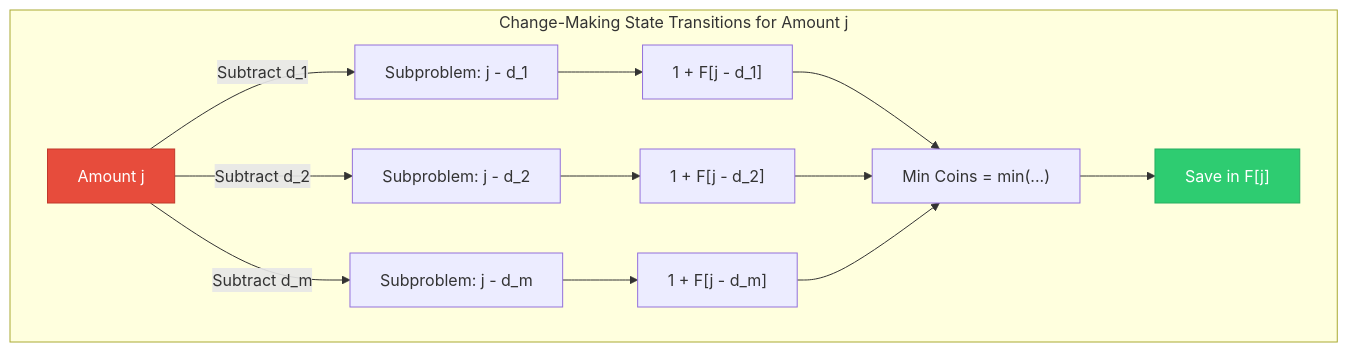
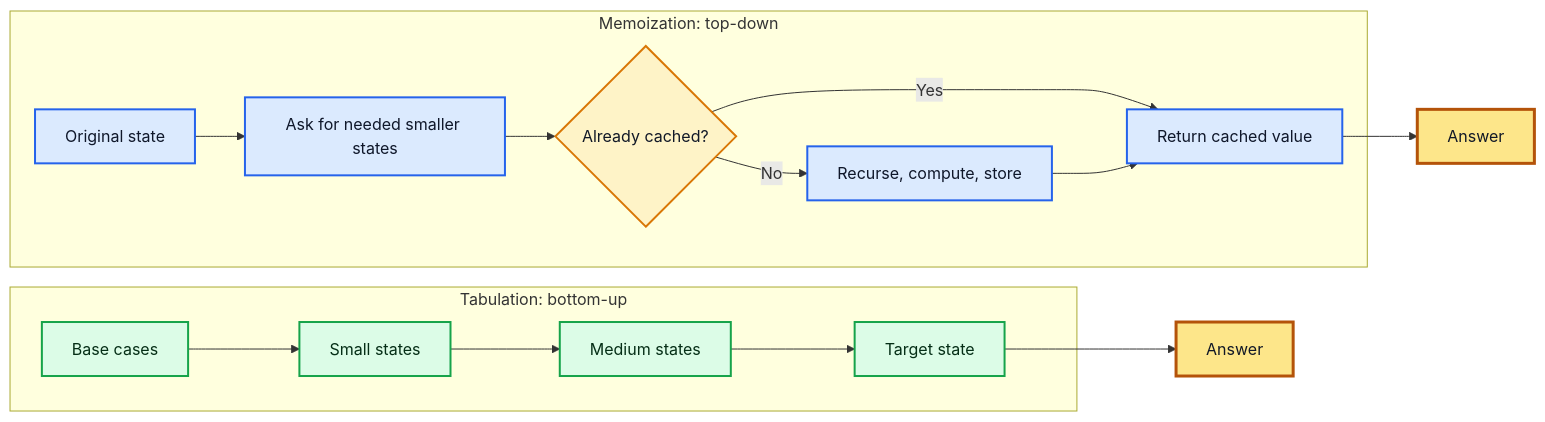
Before and after one commit to M-F-Tushar/CSE-2201-2202-Algorithm-Design-and-Analysis-Sessional: the sixth of 18 diagrams in Chapter 8 - Dynamic Programming/README.md, drawn with Mermaid. The commit also changed other lines of this file, not shown here.

````diff
--- a/Chapter 8 - Dynamic Programming/README.md
+++ b/Chapter 8 - Dynamic Programming/README.md
@@ -434,21 +319,28 @@
 ```mermaid
-graph TD
-    subgraph "Change-Making State Transitions for Amount j"
-        j["Amount j"] -->|Subtract d_1| j_d1["Subproblem: j - d_1"]
-        j -->|Subtract d_2| j_d2["Subproblem: j - d_2"]
-        j -->|Subtract d_m| j_dm["Subproblem: j - d_m"]
-        
-        j_d1 --> lookup1["1 + F[j - d_1]"]
-        j_d2 --> lookup2["1 + F[j - d_2]"]
-        j_dm --> lookup3["1 + F[j - d_m]"]
-        
-        lookup1 --> minVal["Min Coins = min(...)"]
-        lookup2 --> minVal
-        lookup3 --> minVal
-        
-        minVal --> Save["Save in F[j]"]
-        
-        style j fill:#e74c3c,stroke:#c0392b,color:#fff
-        style Save fill:#2ecc71,stroke:#27ae60,color:#fff
+flowchart LR
+    subgraph Top[Memoization: top-down]
+        Goal["Original state"] --> Need["Ask for needed smaller states"]
+        Need --> Hit{"Already cached?"}
+        Hit -->|Yes| Cached["Return cached value"]
+        Hit -->|No| Recurse["Recurse, compute, store"]
+        Recurse --> Cached
     end
+
+    subgraph Bottom[Tabulation: bottom-up]
+        Base["Base cases"] --> Small["Small states"]
+        Small --> Medium["Medium states"]
+        Medium --> Large["Target state"]
+    end
+
+    Cached --> Answer1["Answer"]
+    Large --> Answer2["Answer"]
+
+    classDef top fill:#dbeafe,stroke:#2563eb,stroke-width:2px,color:#0f172a;
+    classDef bottom fill:#dcfce7,stroke:#16a34a,stroke-width:2px,color:#052e16;
+    classDef decision fill:#fef3c7,stroke:#d97706,stroke-width:2px,color:#111827;
+    classDef answer fill:#fde68a,stroke:#b45309,stroke-width:3px,color:#111827;
+    class Goal,Need,Cached,Recurse top;
+    class Base,Small,Medium,Large bottom;
+    class Hit decision;
+    class Answer1,Answer2 answer;
 ```
````
